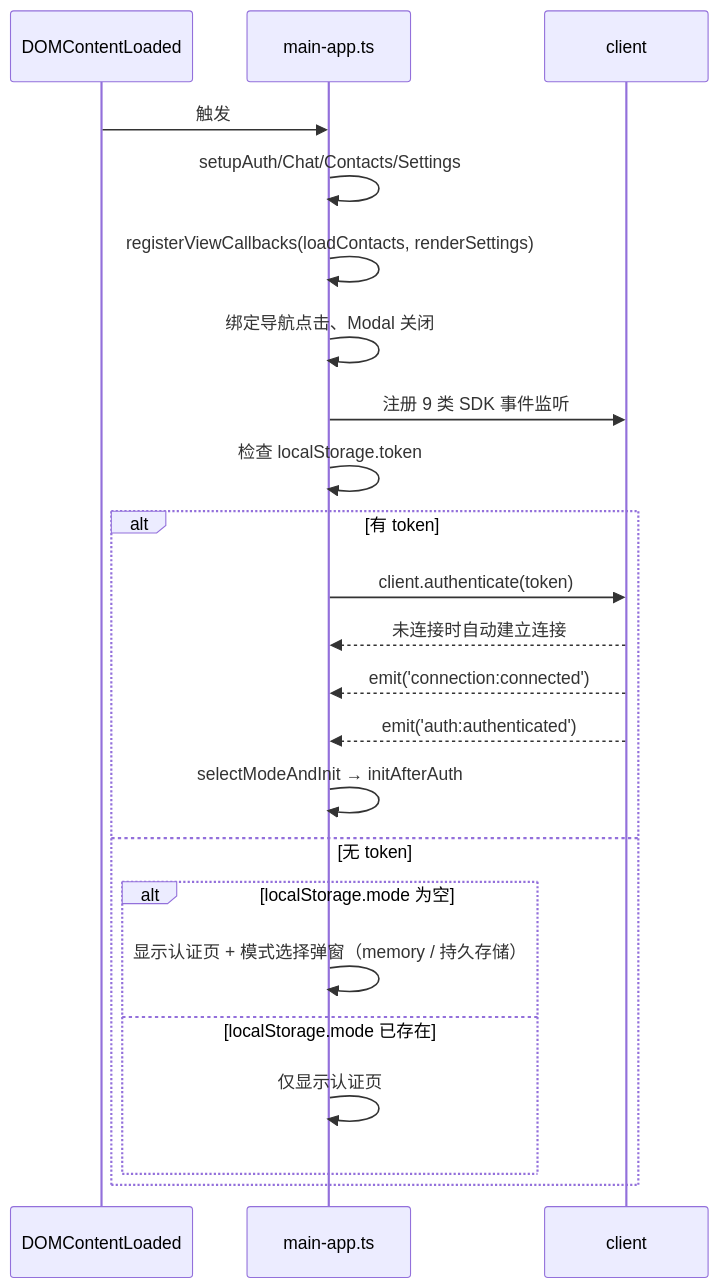
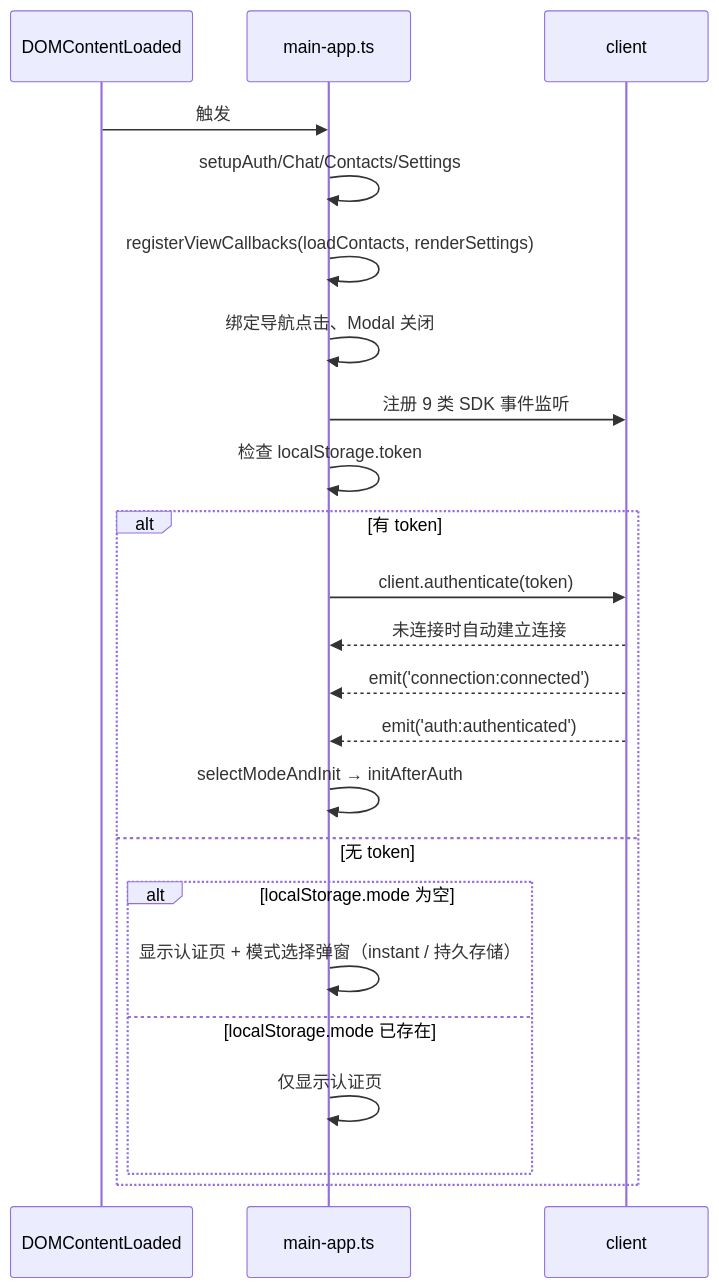
One commit to dacez/yimsg changed the second of 3 diagrams in docs/frontend/UI设计方案.md. Above: the diagram before and after it, drawn with Mermaid. The commit also changed other lines of this file and 22 other files, not shown here.

````diff
--- a/docs/frontend/UI设计方案.md
+++ b/docs/frontend/UI设计方案.md
@@ -175,26 +175,26 @@
 ```mermaid
 sequenceDiagram
     participant DOM as DOMContentLoaded
     participant UI as main-app.ts
     participant SDK as client
 
     DOM->>UI: 触发
     UI->>UI: setupAuth/Chat/Contacts/Settings
     UI->>UI: registerViewCallbacks(loadContacts, renderSettings)
     UI->>UI: 绑定导航点击、Modal 关闭
     UI->>SDK: 注册 9 类 SDK 事件监听
     UI->>UI: 检查 localStorage.token
     alt 有 token
         UI->>SDK: client.authenticate(token)
         SDK-->>UI: 未连接时自动建立连接
         SDK-->>UI: emit('connection:connected')
         SDK-->>UI: emit('auth:authenticated')
         UI->>UI: selectModeAndInit → initAfterAuth
     else 无 token
         alt localStorage.mode 为空
-            UI->>UI: 显示认证页 + 模式选择弹窗（memory / 持久存储）
+            UI->>UI: 显示认证页 + 模式选择弹窗（instant / 持久存储）
         else localStorage.mode 已存在
             UI->>UI: 仅显示认证页
         end
     end
 ```
````
